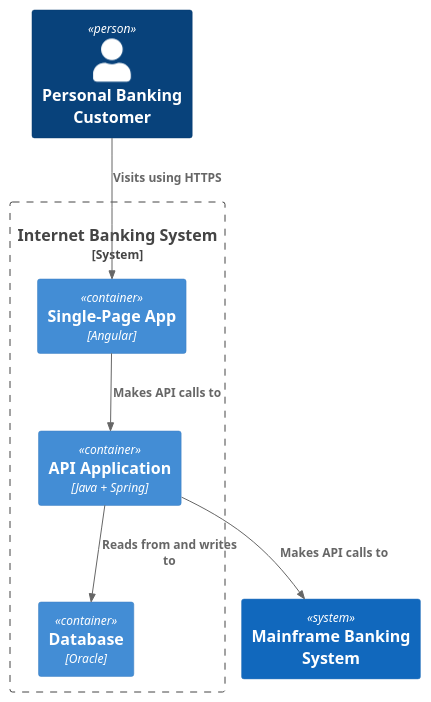
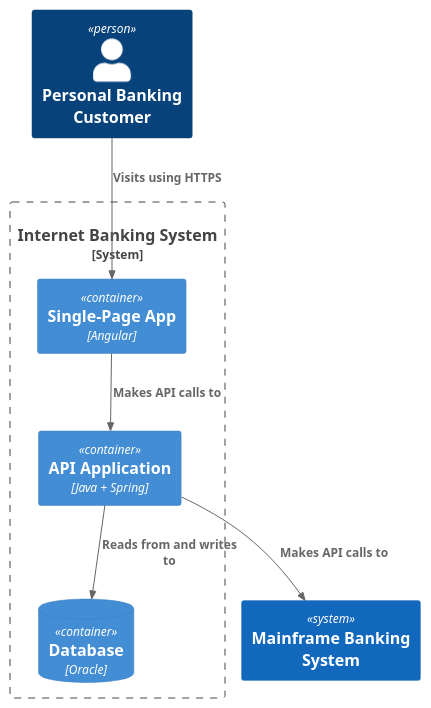
One commit to markdown-viewer/skills changed the diagram in c4/SKILL.md. Above: the diagram before and after it, drawn with PlantUML. The commit also changed 2 other files, not shown here.

Commit message:
Fix c4 skill — review corrections
- SKILL.md: use ContainerDb (cylinder) macro for the Database container.
- examples/component.md: rendered C4-PlantUML now includes the customer
  Person and customer->signIn relationship declared in the DSL model.
- references/dsl.md: add -format png; fix deploymentNode/infrastructureNode
  third positional arg to "Technology" (was "Tag").

````diff
--- a/c4/SKILL.md
+++ b/c4/SKILL.md
@@ -93,16 +93,16 @@
 ```plantuml
 @startuml
 !include <C4/C4_Container>
 Person(customer, "Personal Banking Customer")
 System(mainframe, "Mainframe Banking System")
 System_Boundary(ibs, "Internet Banking System") {
     Container(spa, "Single-Page App", "Angular")
     Container(api, "API Application", "Java + Spring")
-    Container(db, "Database", "Oracle")
+    ContainerDb(db, "Database", "Oracle")
 }
 Rel(customer, spa, "Visits using HTTPS")
 Rel(spa, api, "Makes API calls to")
 Rel(api, mainframe, "Makes API calls to")
 Rel(api, db, "Reads from and writes to")
 @enduml
 ```
````
